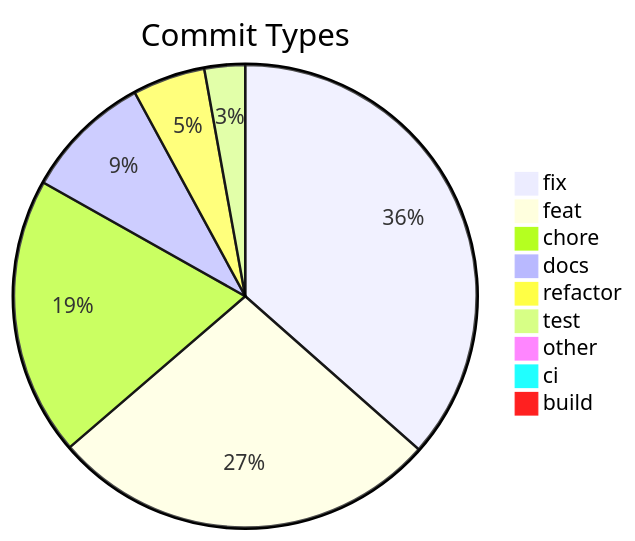
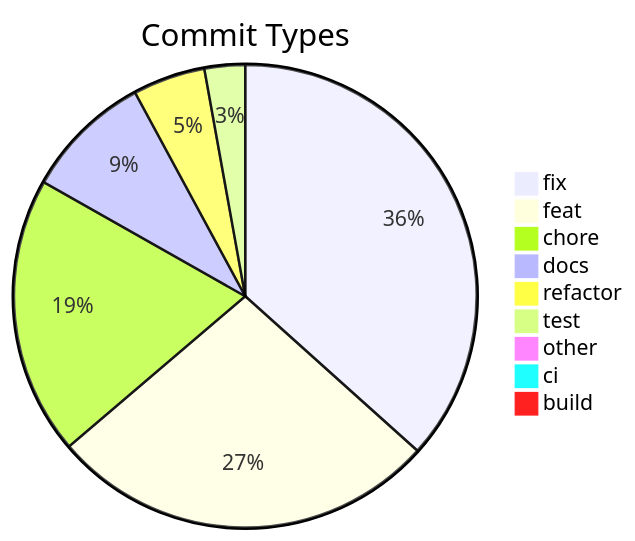
One commit to svenroth-ai/shipwright-webui changed the diagram in .shipwright/compliance/change-history.md. Above: the diagram before and after it, drawn with Mermaid. The commit also changed other lines of this file and 31 other files, not shown here.

````diff
--- a/.shipwright/compliance/change-history.md
+++ b/.shipwright/compliance/change-history.md
@@ -8,12 +8,12 @@
 ```mermaid
 pie title Commit Types
-    "fix" : 180
+    "fix" : 181
     "feat" : 134
     "chore" : 96
     "docs" : 44
     "refactor" : 25
     "test" : 14
     "other" : 4
     "ci" : 3
     "build" : 1
 ```
````
